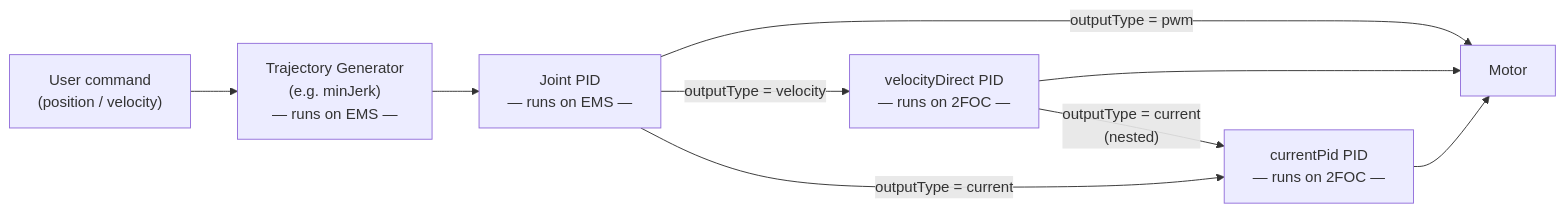
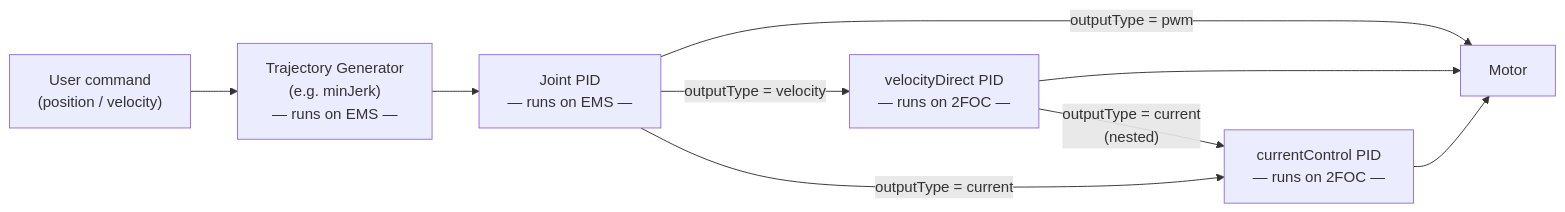
Before and after one commit to valegagge/robots-configuration: the first of 2 diagrams in iCubTemplates/CONTROLS_group_guide.md, drawn with Mermaid. The commit also changed other lines of this file, not shown here.

Commit message:
Rename 'currentPid' to 'currentControl' in documentation

````diff
--- a/iCubTemplates/CONTROLS_group_guide.md
+++ b/iCubTemplates/CONTROLS_group_guide.md
@@ -75,16 +75,16 @@
 ```mermaid
 graph LR
     U["User command\n(position / velocity)"]
     TG["Trajectory Generator\n(e.g. minJerk)\n— runs on EMS —"]
     PID["Joint PID\n— runs on EMS —"]
     VD["velocityDirect PID\n— runs on 2FOC —"]
-    CUR["currentPid PID\n— runs on 2FOC —"]
+    CUR["currentControl PID\n— runs on 2FOC —"]
     MOT["Motor"]
 
     U --> TG --> PID
 
     PID -->|"outputType = pwm"| MOT
     PID -->|"outputType = velocity"| VD --> MOT
     PID -->|"outputType = current"| CUR --> MOT
     VD  -->|"outputType = current\n(nested)"| CUR
 ```
````
